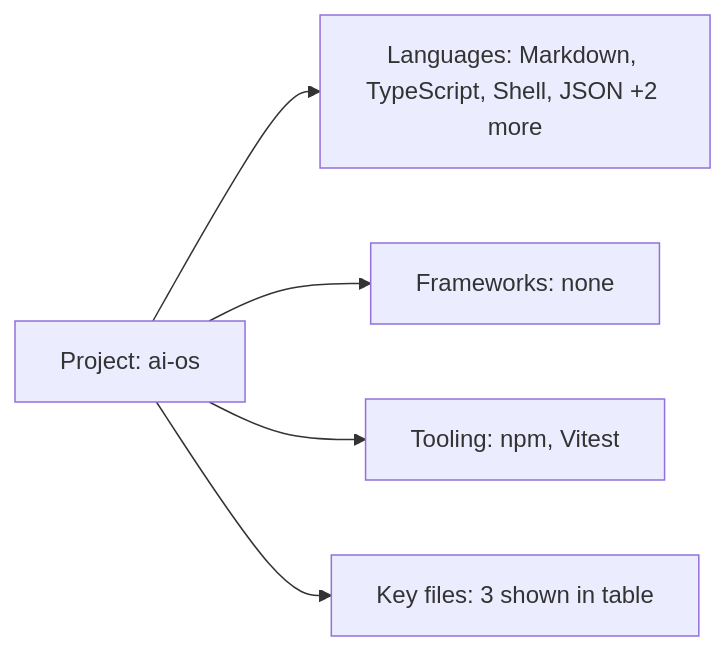
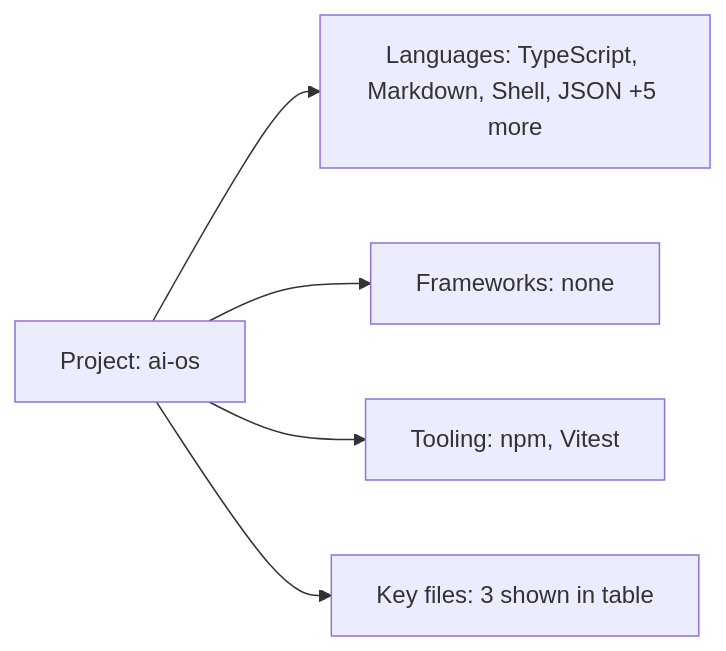
The diagram in .github/ai-os/context/stack.md (marinvch/Cortex), drawn with Mermaid before and after one commit. The commit also changed other lines of this file and 48 other files, not shown here.

````diff
--- a/.github/ai-os/context/stack.md
+++ b/.github/ai-os/context/stack.md
@@ -39,12 +43,12 @@
 ```mermaid
 flowchart LR
   Project["Project: ai-os"]
-  Lang["Languages: Markdown, TypeScript, Shell, JSON +2 more"]
+  Lang["Languages: TypeScript, Markdown, Shell, JSON +5 more"]
   Fw["Frameworks: none"]
   Tooling["Tooling: npm, Vitest"]
   Files["Key files: 3 shown in table"]
   Project --> Lang
   Project --> Fw
   Project --> Tooling
   Project --> Files
 ```
````
